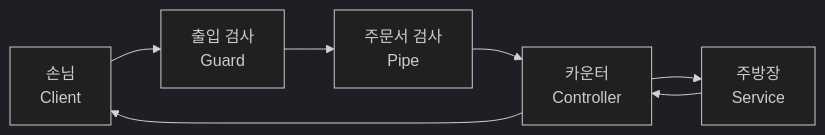
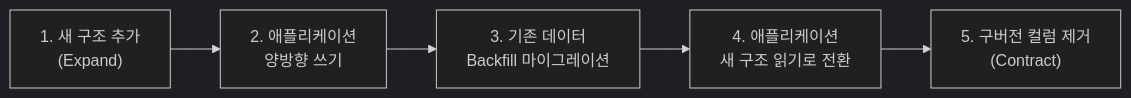
The third of 3 diagrams in chicken-project/readme.md (filename24/skkuding-study), drawn with Mermaid (dark theme) before and after one commit. The commit also changed other lines of this file and 57 other files, not shown here.

````diff
--- a/chicken-project/readme.md
+++ b/chicken-project/readme.md
@@ -31,9 +308,7 @@
 ```mermaid
 flowchart LR
-    Client["손님<br>Client"] --> Guard["출입 검사<br>Guard"]
-    Guard --> Pipe["주문서 검사<br>Pipe"]
-    Pipe --> Controller["카운터<br>Controller"]
-    Controller --> Service["주방장<br>Service"]
-    Service --> Controller
-    Controller --> Client
+    A["1. 새 구조 추가<br/>(Expand)"] --> B["2. 애플리케이션<br/>양방향 쓰기"]
+    B --> C["3. 기존 데이터<br/>Backfill 마이그레이션"]
+    C --> D["4. 애플리케이션<br/>새 구조 읽기로 전환"]
+    D --> E["5. 구버전 컬럼 제거<br/>(Contract)"]
 ```
````
